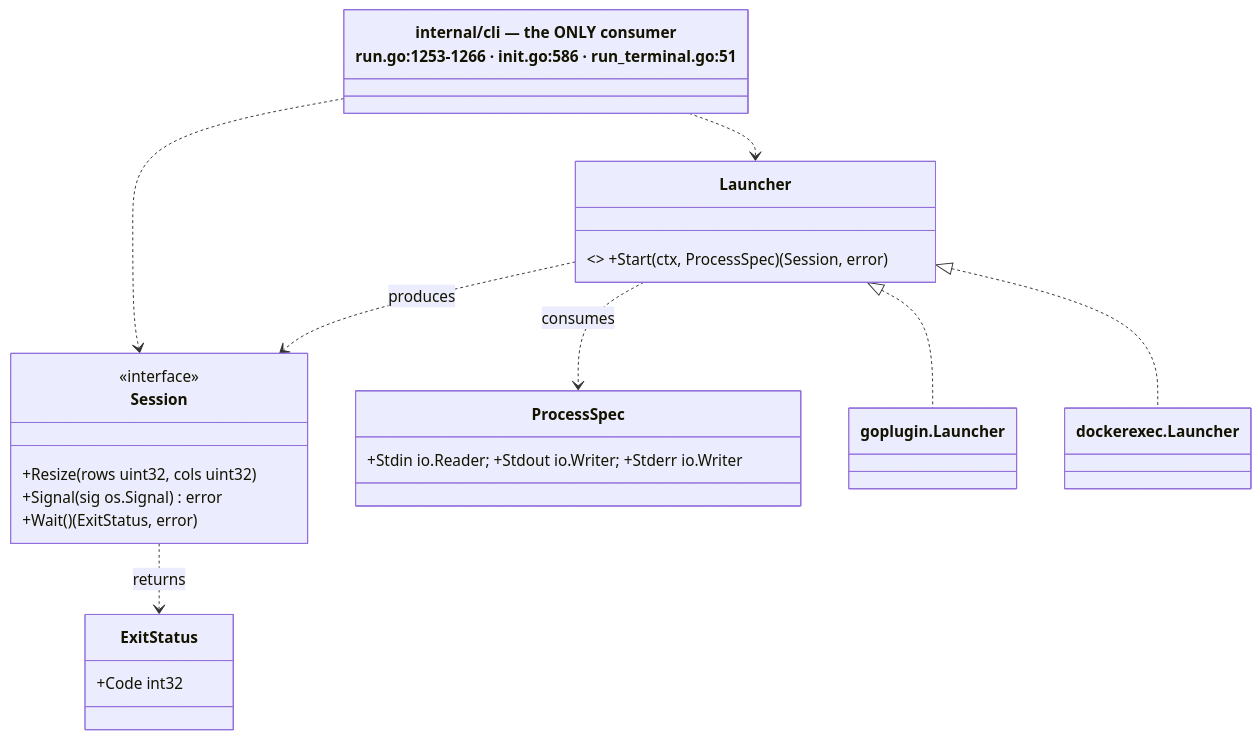
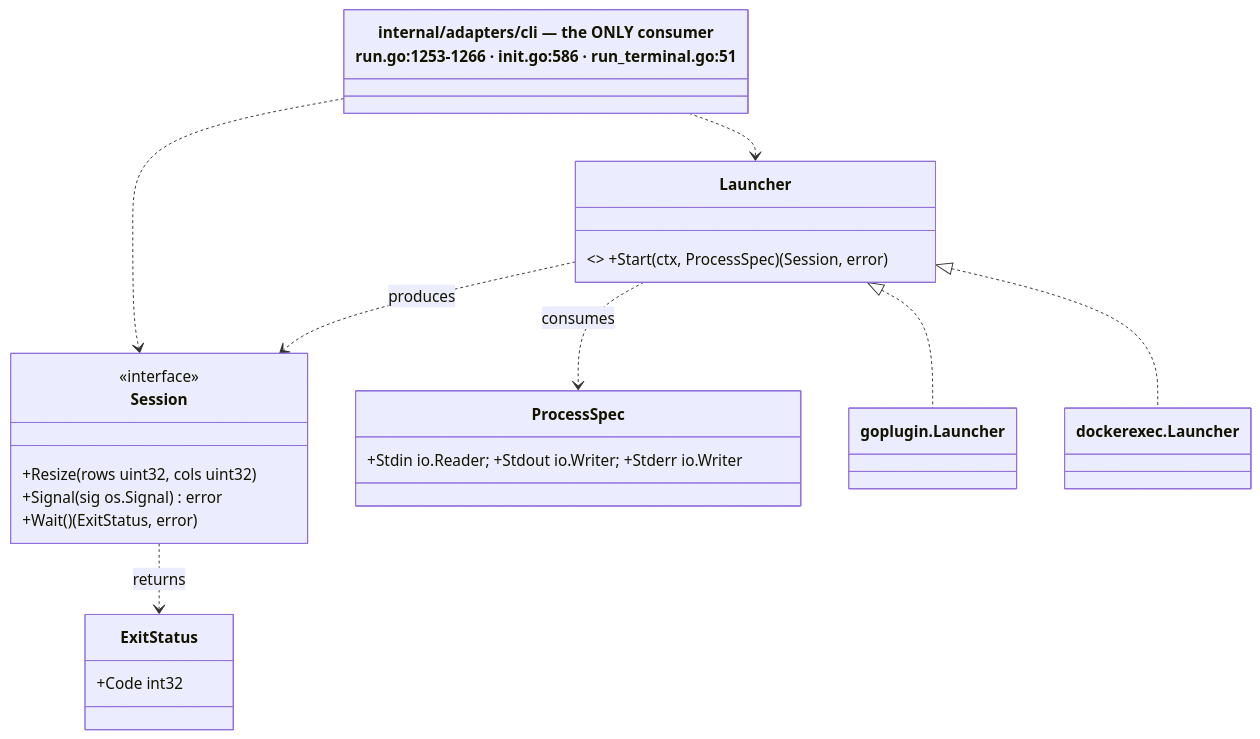
The first of 2 diagrams in docs/architecture/companions/vpio.md (ctxloom/ctxloom), drawn with Mermaid before and after one commit. The commit also changed other lines of this file and 2489 other files, not shown here.

First line of the commit message:
refactor(arch): move the adapters ring into internal/adapters

````diff
--- a/docs/architecture/companions/vpio.md
+++ b/docs/architecture/companions/vpio.md
@@ -23,25 +23,25 @@
 ```mermaid
 classDiagram
     class Launcher { <<interface>> +Start(ctx, ProcessSpec) (Session, error) }
     class Session {
         <<interface>>
         +Resize(rows uint32, cols uint32)
         +Signal(sig os.Signal) error
         +Wait() (ExitStatus, error)
     }
     class ProcessSpec { +Stdin io.Reader; +Stdout io.Writer; +Stderr io.Writer }
     class ExitStatus { +Code int32 }
 
     Launcher ..> ProcessSpec : consumes
     Launcher ..> Session : produces
     Session ..> ExitStatus : returns
 
     class goplugin_Launcher["goplugin.Launcher"]
     class dockerexec_Launcher["dockerexec.Launcher"]
     Launcher <|.. goplugin_Launcher
     Launcher <|.. dockerexec_Launcher
 
-    class cli["internal/cli — the ONLY consumer<br/>run.go:1253-1266 · init.go:586 · run_terminal.go:51"]
+    class cli["internal/adapters/cli — the ONLY consumer<br/>run.go:1253-1266 · init.go:586 · run_terminal.go:51"]
     cli ..> Launcher
     cli ..> Session
 ```
````
